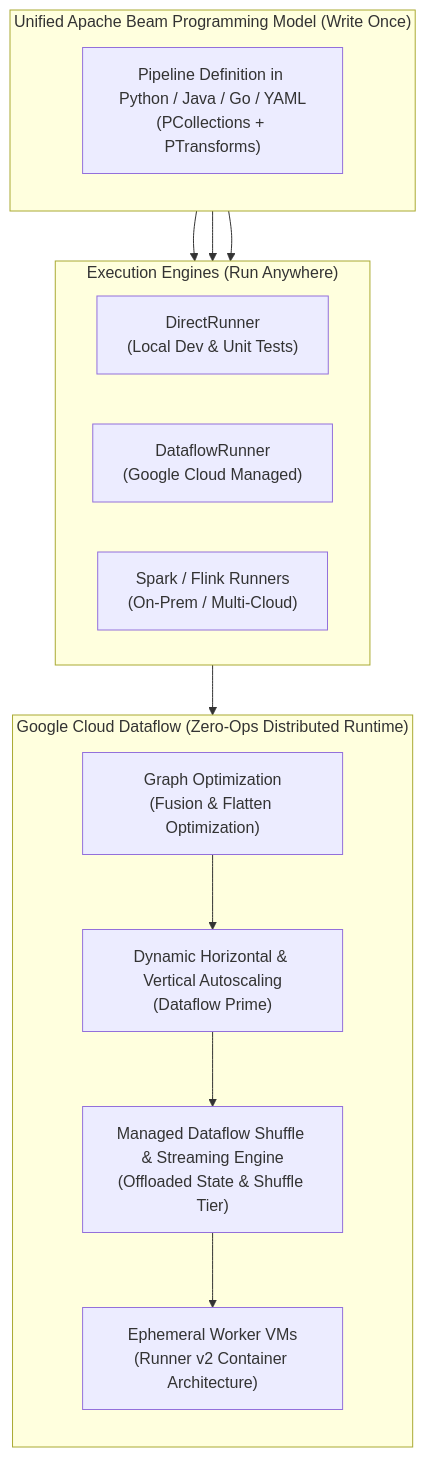
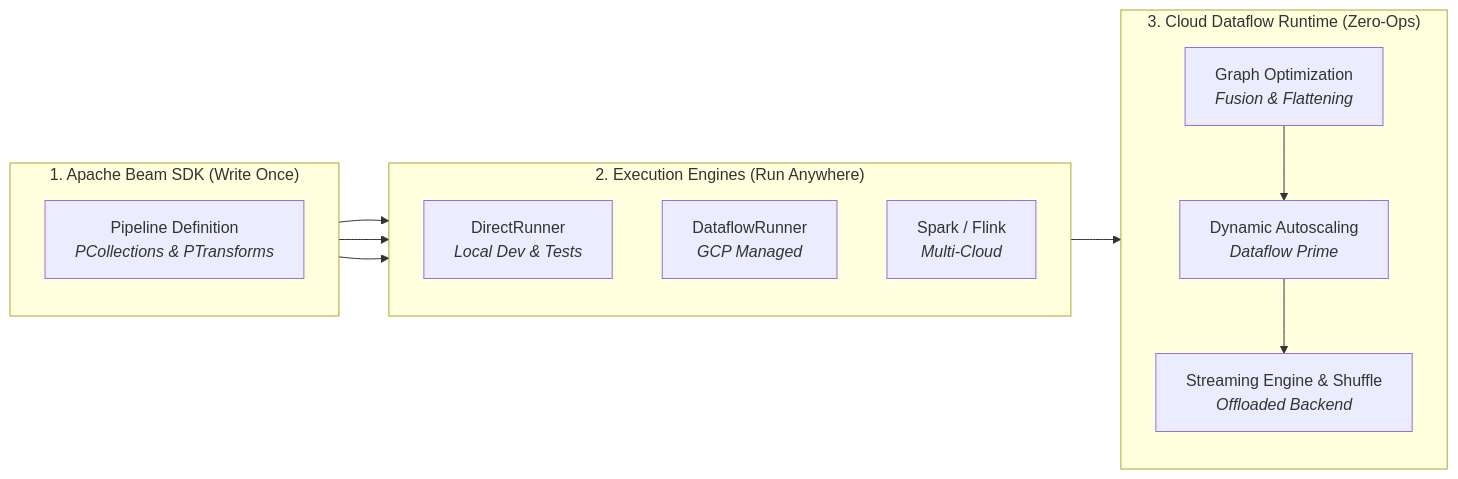
One commit to EilinLux/dataflow-workshops changed the first of 3 diagrams in README.md. Above: the diagram before and after it, drawn with Mermaid. The commit also changed other lines of this file and 30 other files, not shown here.

Commit message:
docs: redraw and pack all mermaid diagrams into compact horizontal layouts

````diff
--- a/README.md
+++ b/README.md
@@ -17,30 +17,27 @@
 ```mermaid
-flowchart TD
-    subgraph Beam["Unified Apache Beam Programming Model (Write Once)"]
+flowchart LR
+    subgraph Beam["1. Apache Beam SDK (Write Once)"]
         direction TB
-        CODE["Pipeline Definition in Python / Java / Go / YAML\n(PCollections + PTransforms)"]
+        CODE["Pipeline Definition<br/><i>PCollections & PTransforms</i>"]
     end
 
-    subgraph Runners["Execution Engines (Run Anywhere)"]
-        direction LR
-        DIR["DirectRunner\n(Local Dev & Unit Tests)"]
-        DF["DataflowRunner\n(Google Cloud Managed)"]
-        SPARK["Spark / Flink Runners\n(On-Prem / Multi-Cloud)"]
+    subgraph Runners["2. Execution Engines (Run Anywhere)"]
+        direction TB
+        DIR["DirectRunner<br/><i>Local Dev & Tests</i>"]
+        DF["DataflowRunner<br/><i>GCP Managed</i>"]
+        SPARK["Spark / Flink<br/><i>Multi-Cloud</i>"]
     end
 
-    subgraph DataflowService["Google Cloud Dataflow (Zero-Ops Distributed Runtime)"]
+    subgraph Dataflow["3. Cloud Dataflow Runtime (Zero-Ops)"]
         direction TB
-        OPT["Graph Optimization\n(Fusion & Flatten Optimization)"]
-        AUTOSCALE["Dynamic Horizontal & Vertical Autoscaling\n(Dataflow Prime)"]
-        SHUFFLE["Managed Dataflow Shuffle & Streaming Engine\n(Offloaded State & Shuffle Tier)"]
-        WORKERS["Ephemeral Worker VMs\n(Runner v2 Container Architecture)"]
-        OPT --> AUTOSCALE
-        AUTOSCALE --> SHUFFLE
-        SHUFFLE --> WORKERS
+        OPTIMIZE["Graph Optimization<br/><i>Fusion & Flattening</i>"]
+        AUTOSCALE["Dynamic Autoscaling<br/><i>Dataflow Prime</i>"]
+        SHUFFLE["Streaming Engine & Shuffle<br/><i>Offloaded Backend</i>"]
+        OPTIMIZE --> AUTOSCALE --> SHUFFLE
     end
 
     CODE --> DIR
     CODE --> DF
     CODE --> SPARK
-    DF --> DataflowService
+    DF --> OPTIMIZE
 ```
````
